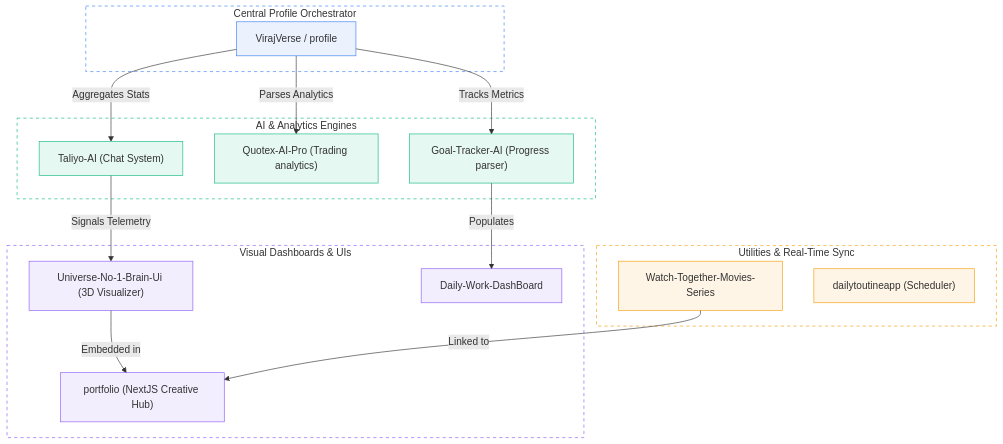
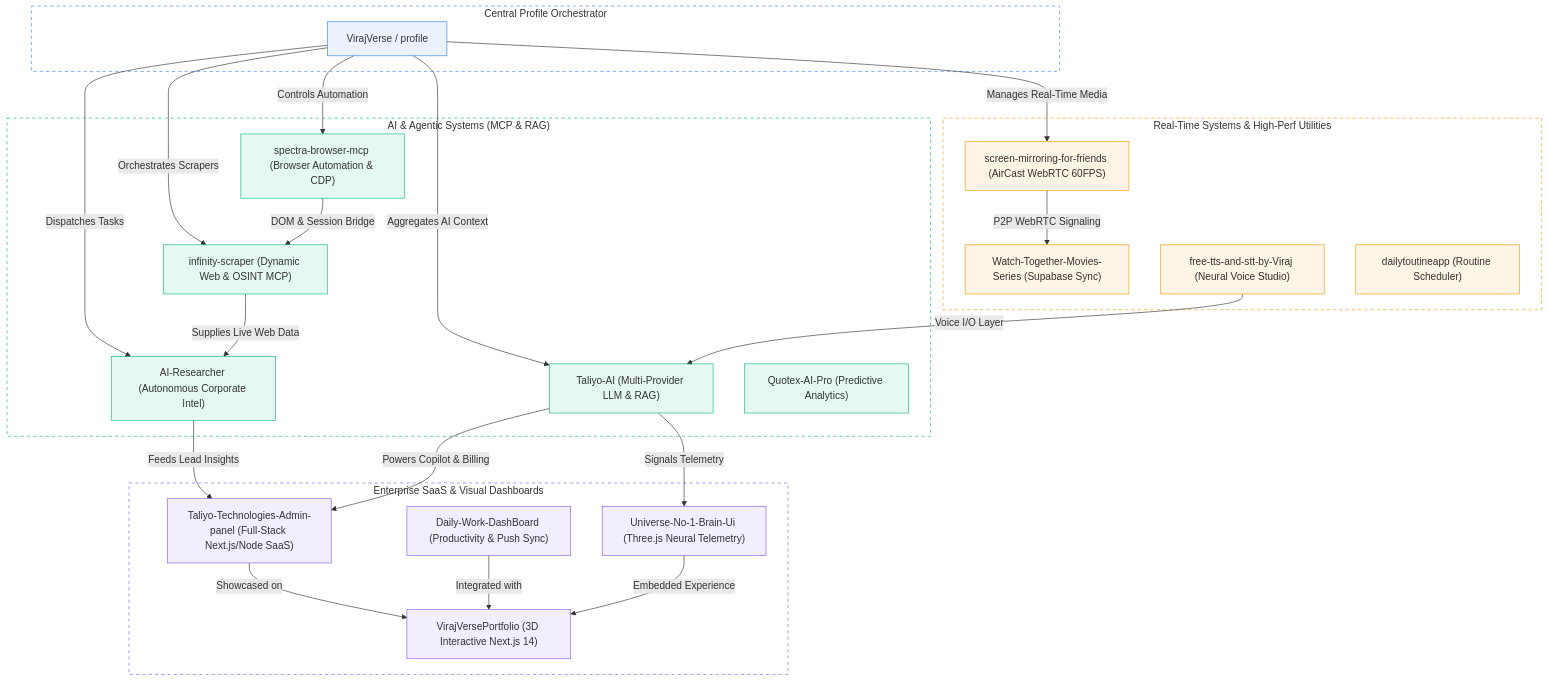
Before and after one commit to virajverse/VirajVerse: the diagram in README.md, drawn with Mermaid.

Commit message:
docs: update repository ecosystem diagram with enterprise SaaS, MCP engines, and WebRTC streaming

````diff
--- a/README.md
+++ b/README.md
@@ -91,46 +91,61 @@
 ```mermaid
 graph TD
     classDef hub fill:#3b82f61a,stroke:#3b82f6,stroke-width:1px;
     classDef ai fill:#10b9811a,stroke:#10b981,stroke-width:1px;
     classDef ui fill:#8b5cf61a,stroke:#8b5cf6,stroke-width:1px;
     classDef utility fill:#f59e0b1a,stroke:#f59e0b,stroke-width:1px;
 
     subgraph Hub ["Central Profile Orchestrator"]
         VV["VirajVerse / profile"]
     end
     style Hub fill:none,stroke:#3b82f6,stroke-width:1px,stroke-dasharray: 5 5;
     class VV hub;
 
-    subgraph AI ["AI & Analytics Engines"]
-        TA["Taliyo-AI (Chat System)"]
-        QP["Quotex-AI-Pro (Trading analytics)"]
-        GT["Goal-Tracker-AI (Progress parser)"]
+    subgraph AI ["AI & Agentic Systems (MCP & RAG)"]
+        AR["AI-Researcher (Autonomous Corporate Intel)"]
+        IS["infinity-scraper (Dynamic Web & OSINT MCP)"]
+        SB["spectra-browser-mcp (Browser Automation & CDP)"]
+        TA["Taliyo-AI (Multi-Provider LLM & RAG)"]
+        QP["Quotex-AI-Pro (Predictive Analytics)"]
     end
     style AI fill:none,stroke:#10b981,stroke-width:1px,stroke-dasharray: 5 5;
-    class TA,QP,GT ai;
+    class AR,IS,SB,TA,QP ai;
 
-    subgraph Frontends ["Visual Dashboards & UIs"]
-        UB["Universe-No-1-Brain-Ui (3D Visualizer)"]
-        PT["portfolio (NextJS Creative Hub)"]
-        DW["Daily-Work-DashBoard"]
+    subgraph Frontends ["Enterprise SaaS & Visual Dashboards"]
+        TT["Taliyo-Technologies-Admin-panel (Full-Stack Next.js/Node SaaS)"]
+        DW["Daily-Work-DashBoard (Productivity & Push Sync)"]
+        VP["VirajVersePortfolio (3D Interactive Next.js 14)"]
+        UB["Universe-No-1-Brain-Ui (Three.js Neural Telemetry)"]
     end
     style Frontends fill:none,stroke:#8b5cf6,stroke-width:1px,stroke-dasharray: 5 5;
-    class UB,PT,DW ui;
+    class TT,DW,VP,UB ui;
 
-    subgraph Tools ["Utilities & Real-Time Sync"]
-        WT["Watch-Together-Movies-Series"]
-        DR["dailytoutineapp (Scheduler)"]
+    subgraph Tools ["Real-Time Systems & High-Perf Utilities"]
+        SM["screen-mirroring-for-friends (AirCast WebRTC 60FPS)"]
+        WT["Watch-Together-Movies-Series (Supabase Sync)"]
+        TS["free-tts-and-stt-by-Viraj (Neural Voice Studio)"]
+        DR["dailytoutineapp (Routine Scheduler)"]
     end
     style Tools fill:none,stroke:#f59e0b,stroke-width:1px,stroke-dasharray: 5 5;
-    class WT,DR utility;
+    class SM,WT,TS,DR utility;
 
-    VV -->|Aggregates Stats| TA
-    VV -->|Parses Analytics| QP
-    VV -->|Tracks Metrics| GT
+    VV -->|Dispatches Tasks| AR
+    VV -->|Orchestrates Scrapers| IS
+    VV -->|Controls Automation| SB
+    VV -->|Aggregates AI Context| TA
+
+    IS -->|Supplies Live Web Data| AR
+    SB -->|DOM & Session Bridge| IS
+
+    TA -->|Powers Copilot & Billing| TT
+    AR -->|Feeds Lead Insights| TT
     
     TA -->|Signals Telemetry| UB
-    GT -->|Populates| DW
-    
-    UB -->|Embedded in| PT
-    WT -->|Linked to| PT
+    UB -->|Embedded Experience| VP
+    TT -->|Showcased on| VP
+    DW -->|Integrated with| VP
+
+    VV -->|Manages Real-Time Media| SM
+    SM -->|P2P WebRTC Signaling| WT
+    TS -->|Voice I/O Layer| TA
 ```
````
